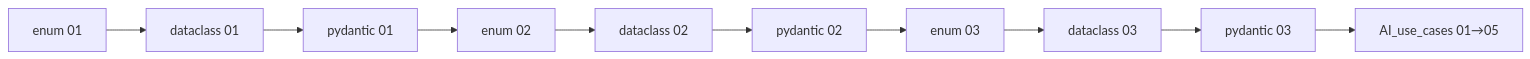
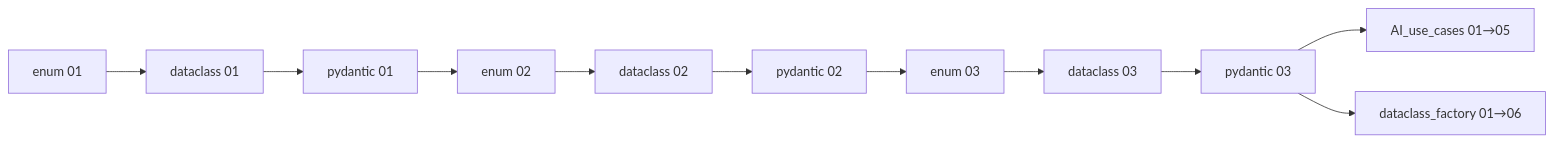
One commit to dante-souza/studies changed the diagram in data-and-classes/README.md. Above: the diagram before and after it, drawn with Mermaid. The commit also changed other lines of this file and 23 other files, not shown here.

First line of the commit message:
feat(data-and-classes): módulo dataclass_factory — configuração, fábricas e modelos a partir de arquivos

````diff
--- a/data-and-classes/README.md
+++ b/data-and-classes/README.md
@@ -41,7 +53,8 @@
 ```mermaid
 flowchart LR
     E1[enum 01] --> D1[dataclass 01] --> P1[pydantic 01]
     P1 --> E2[enum 02] --> D2[dataclass 02] --> P2[pydantic 02]
     P2 --> E3[enum 03] --> D3[dataclass 03] --> P3[pydantic 03]
     P3 --> AI[AI_use_cases 01→05]
+    P3 --> DF[dataclass_factory 01→06]
 ```
````
